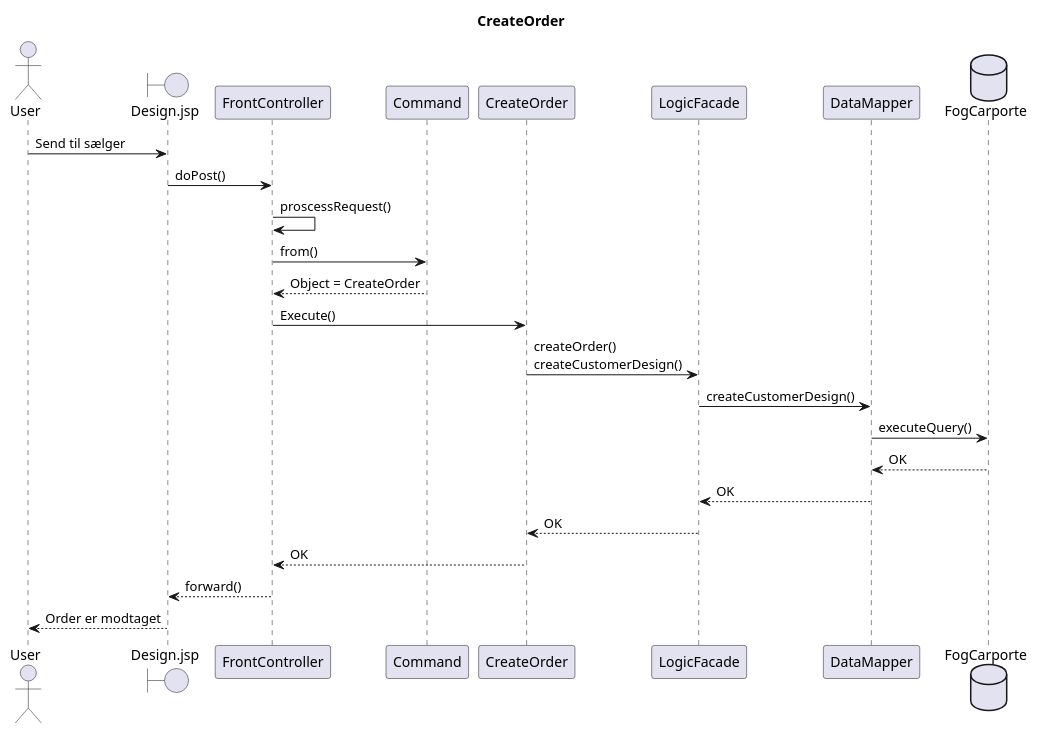
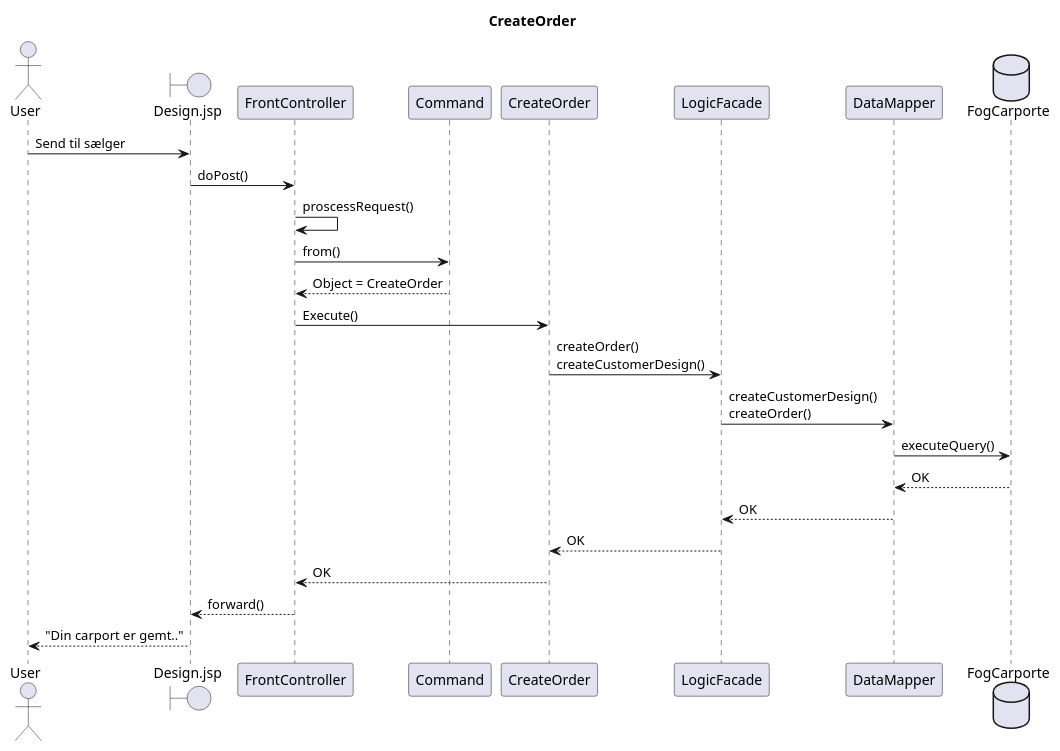
One commit to thorchris/Fog-carport changed the diagram in PlantUML/CreateCarport_Sequence.puml. Above: the diagram before and after it, drawn with PlantUML. The commit also changed 2 other files, not shown here.

```diff
--- a/PlantUML/CreateCarport_Sequence.puml
+++ b/PlantUML/CreateCarport_Sequence.puml
@@ -1,29 +1,29 @@
 @startuml
        Title CreateOrder
        actor User
        boundary Design.jsp
        participant FrontController
        participant Command
        participant CreateOrder
        participant LogicFacade
        participant DataMapper
        database FogCarporte
 
 
        User -> Design.jsp : Send til sælger
        Design.jsp -> FrontController : doPost()
        FrontController -> FrontController: proscessRequest()
        FrontController -> Command: from()
        Command --> FrontController: Object = CreateOrder
        FrontController -> CreateOrder: Execute()
        CreateOrder -> LogicFacade: createOrder()\ncreateCustomerDesign()
-       LogicFacade -> DataMapper: createCustomerDesign()
+       LogicFacade -> DataMapper: createCustomerDesign()\ncreateOrder()
        DataMapper -> FogCarporte: executeQuery()
        FogCarporte --> DataMapper: OK
        DataMapper --> LogicFacade: OK
        LogicFacade --> CreateOrder: OK
        CreateOrder --> FrontController: OK
        FrontController --> Design.jsp: forward()
-       Design.jsp --> User: Order er modtaget
+       Design.jsp --> User: "Din carport er gemt.."
 
        @enduml
```
